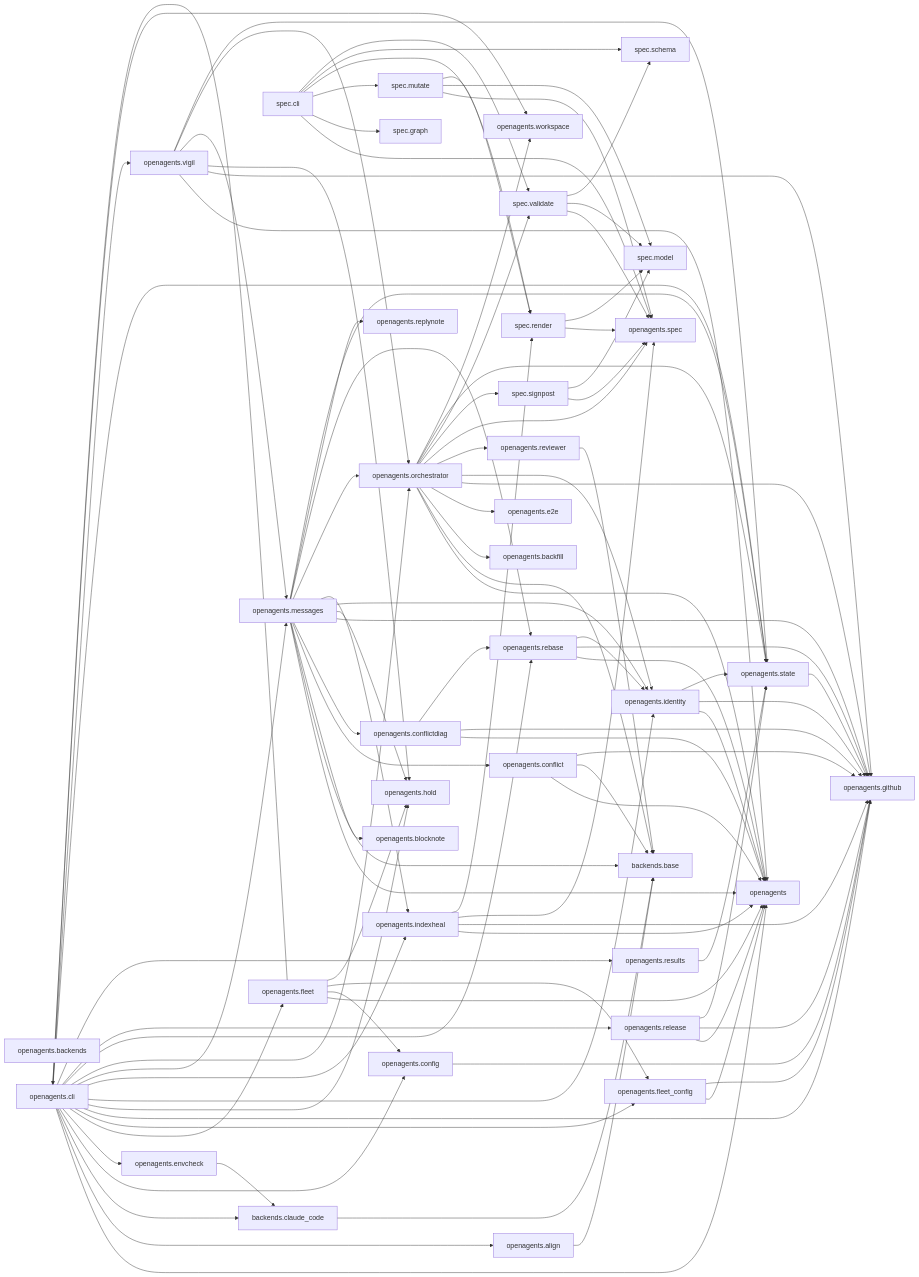
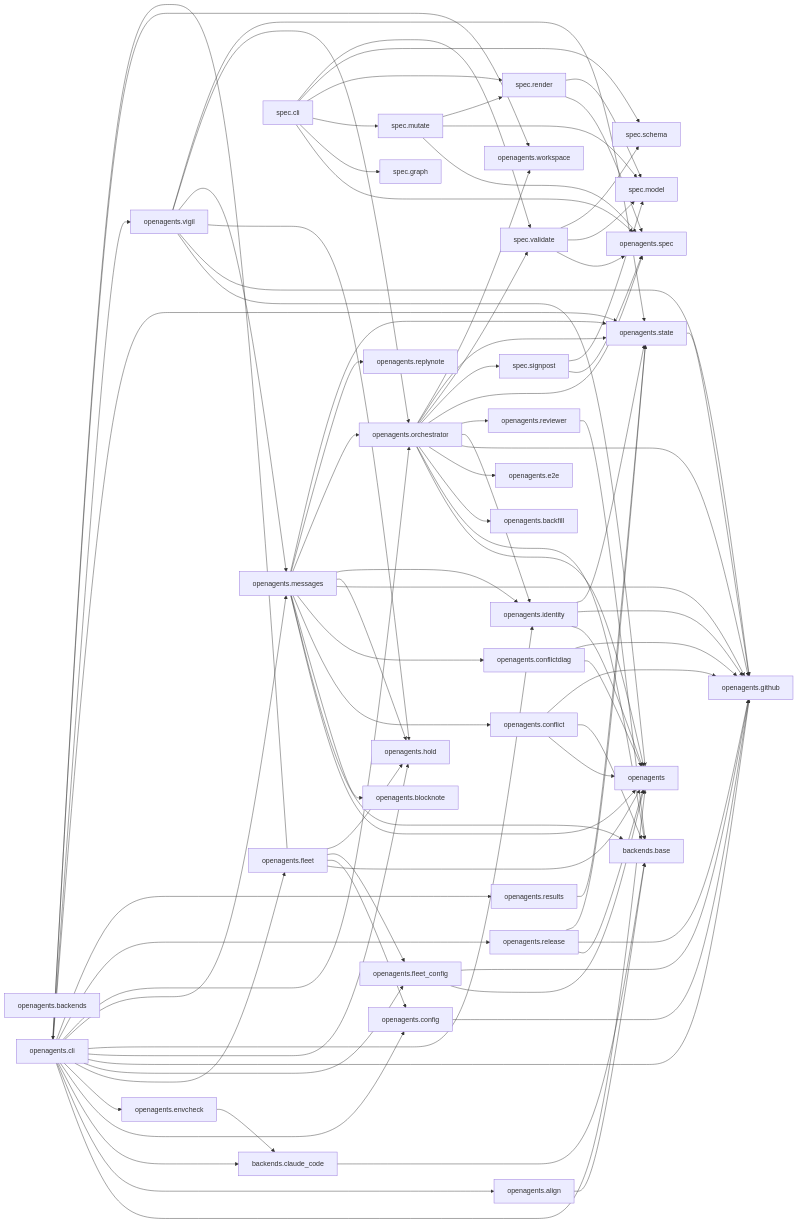
One commit to Curry09/OpenAgents changed the diagram in docs/specs/ARCHITECTURE.md. Above: the diagram before and after it, drawn with Mermaid. The commit also changed other lines of this file and 2 other files, not shown here.

Commit message:
docs: 补 spec 0038 记录合并冲突拉式同步 + 解冲突 agent 自回评论
追记 PR #100 已实现的改动为 spec 活快照（3 个 Task 均 done、文件互不重叠）：
门2 拉式同步 + 删扇出/indexheal/sync-prs、解冲突 agent 用带签名 reply-comment 工具回评论。
同步重渲 OVERVIEW.md、重生成 ARCHITECTURE.md（反映删掉的 rebase/indexheal 模块）。

spec 编号从 0037 改为 0038：0037 已被 open PR #99 占用（Spec Number Conflicts 闸），
避开占用取下一个空号。

```diff
--- a/docs/specs/ARCHITECTURE.md
+++ b/docs/specs/ARCHITECTURE.md
@@ -85,10 +83,8 @@
     nopenagents_github["openagents.github"]
     nopenagents_hold["openagents.hold"]
     nopenagents_identity["openagents.identity"]
-    nopenagents_indexheal["openagents.indexheal"]
     nopenagents_messages["openagents.messages"]
     nopenagents_orchestrator["openagents.orchestrator"]
-    nopenagents_rebase["openagents.rebase"]
     nopenagents_release["openagents.release"]
     nopenagents_replynote["openagents.replynote"]
     nopenagents_results["openagents.results"]
@@ -117,10 +113,8 @@
     nopenagents_cli --> nopenagents_github
     nopenagents_cli --> nopenagents_hold
     nopenagents_cli --> nopenagents_identity
-    nopenagents_cli --> nopenagents_indexheal
     nopenagents_cli --> nopenagents_messages
     nopenagents_cli --> nopenagents_orchestrator
-    nopenagents_cli --> nopenagents_rebase
     nopenagents_cli --> nopenagents_release
     nopenagents_cli --> nopenagents_results
     nopenagents_cli --> nopenagents_state
@@ -132,7 +126,6 @@
     nopenagents_conflict --> nopenagents_github
     nopenagents_conflictdiag --> nopenagents
     nopenagents_conflictdiag --> nopenagents_github
-    nopenagents_conflictdiag --> nopenagents_rebase
     nopenagents_envcheck --> nopenagents_backends_claude_code
     nopenagents_fleet --> nopenagents
     nopenagents_fleet --> nopenagents_cli
@@ -144,10 +137,6 @@
     nopenagents_identity --> nopenagents
     nopenagents_identity --> nopenagents_github
     nopenagents_identity --> nopenagents_state
-    nopenagents_indexheal --> nopenagents
-    nopenagents_indexheal --> nopenagents_github
-    nopenagents_indexheal --> nopenagents_spec
-    nopenagents_indexheal --> nopenagents_spec_render
     nopenagents_messages --> nopenagents
     nopenagents_messages --> nopenagents_backends_base
     nopenagents_messages --> nopenagents_blocknote
@@ -156,9 +145,7 @@
     nopenagents_messages --> nopenagents_github
     nopenagents_messages --> nopenagents_hold
     nopenagents_messages --> nopenagents_identity
-    nopenagents_messages --> nopenagents_indexheal
     nopenagents_messages --> nopenagents_orchestrator
-    nopenagents_messages --> nopenagents_rebase
     nopenagents_messages --> nopenagents_replynote
     nopenagents_messages --> nopenagents_state
     nopenagents_orchestrator --> nopenagents
@@ -173,9 +160,6 @@
     nopenagents_orchestrator --> nopenagents_spec_validate
     nopenagents_orchestrator --> nopenagents_state
     nopenagents_orchestrator --> nopenagents_workspace
-    nopenagents_rebase --> nopenagents
-    nopenagents_rebase --> nopenagents_github
-    nopenagents_rebase --> nopenagents_identity
     nopenagents_release --> nopenagents
     nopenagents_release --> nopenagents_github
     nopenagents_release --> nopenagents_state
```
